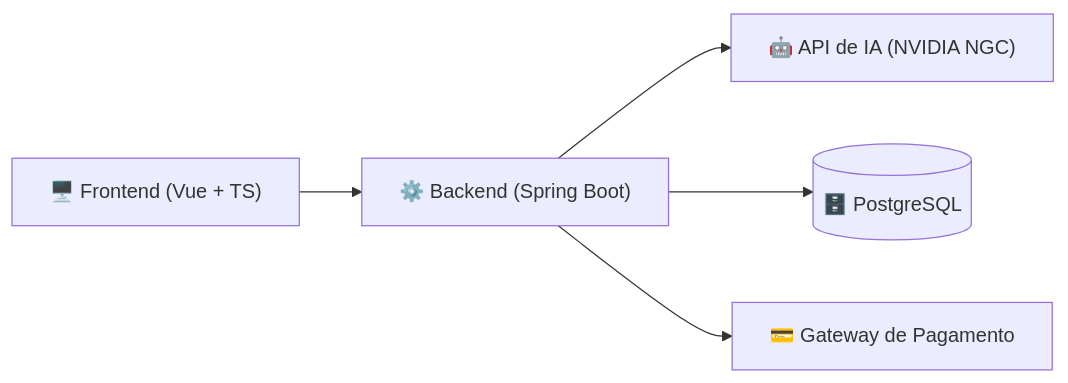
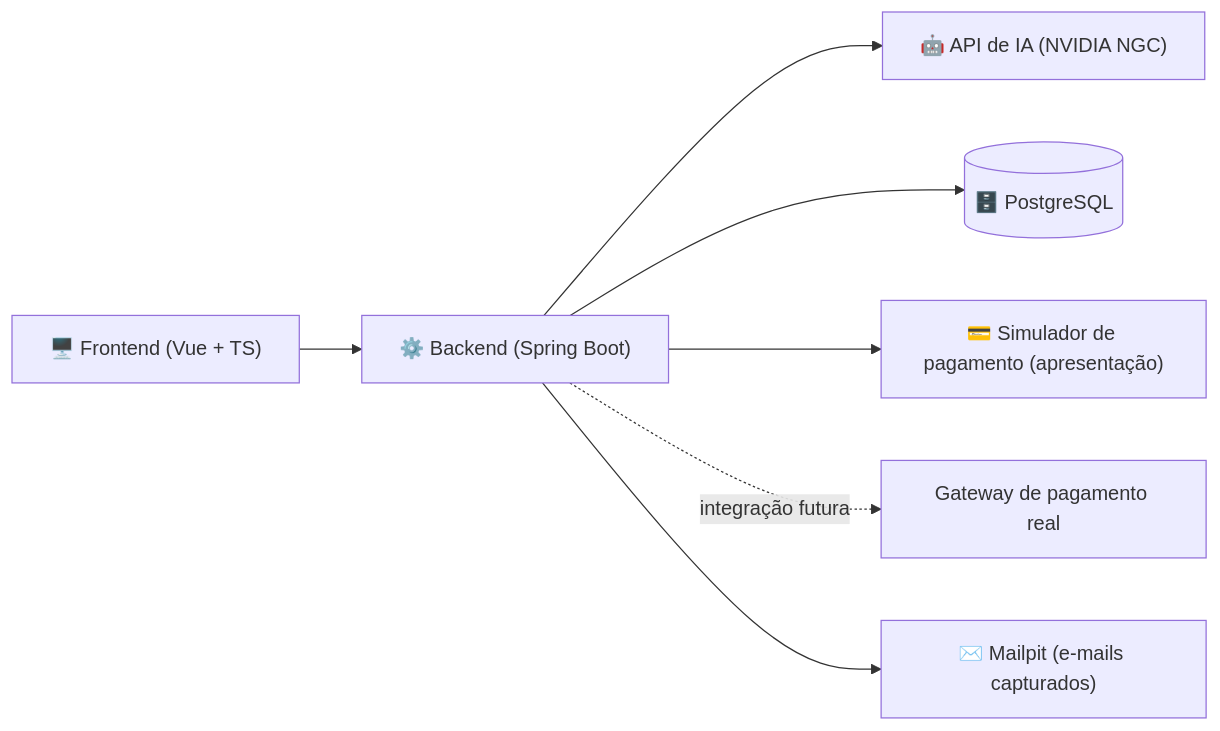
Before and after one commit to JoaoLRS/IVIS: the diagram in etc/plano/IVIS_Tecnologias.md, drawn with Mermaid. The commit also changed other lines of this file and 38 other files, not shown here.

````diff
--- a/etc/plano/IVIS_Tecnologias.md
+++ b/etc/plano/IVIS_Tecnologias.md
@@ -17,7 +17,9 @@
 ```mermaid
 flowchart LR
     FE["🖥️ Frontend (Vue + TS)"] --> BE["⚙️ Backend (Spring Boot)"]
     BE --> IA["🤖 API de IA (NVIDIA NGC)"]
     BE --> DB[("🗄️ PostgreSQL")]
-    BE --> PAG["💳 Gateway de Pagamento"]
+    BE --> PAG["💳 Simulador de pagamento (apresentação)"]
+    BE -. integração futura .-> PAGEXT["Gateway de pagamento real"]
+    BE --> MAIL["✉️ Mailpit (e-mails capturados)"]
 ```
````
